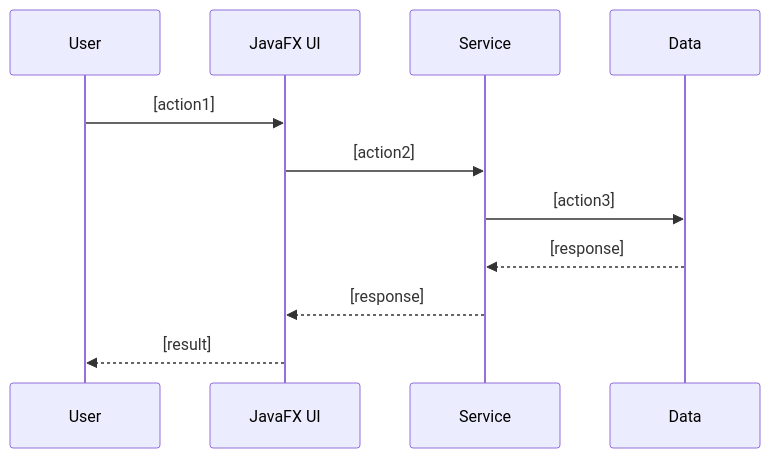
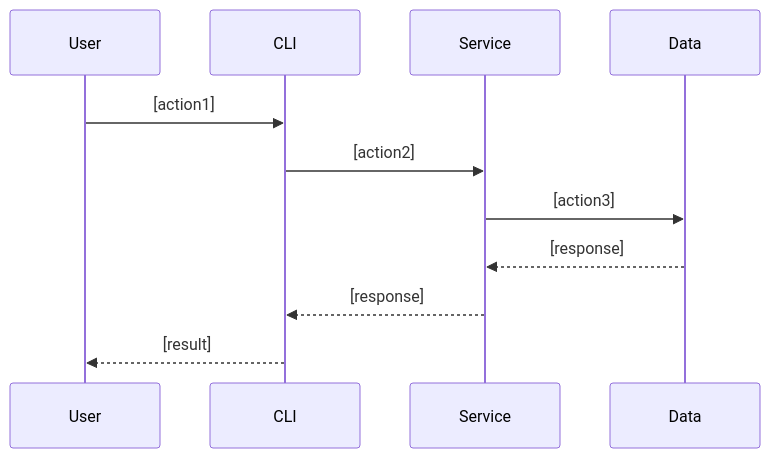
The third of 4 diagrams in .claude/skills/functional-design/template.md (AkiraIsozaki/grep_helper), drawn with Mermaid before and after one commit. The commit also changed other lines of this file and 6 other files, not shown here.

````diff
--- a/.claude/skills/functional-design/template.md
+++ b/.claude/skills/functional-design/template.md
@@ -87,14 +84,14 @@
 ```mermaid
 sequenceDiagram
     participant User
-    participant UI as JavaFX UI
+    participant UI as CLI
     participant Service
     participant Data
 
     User->>UI: [action1]
     UI->>Service: [action2]
     Service->>Data: [action3]
     Data-->>Service: [response]
     Service-->>UI: [response]
     UI-->>User: [result]
 ```
````
